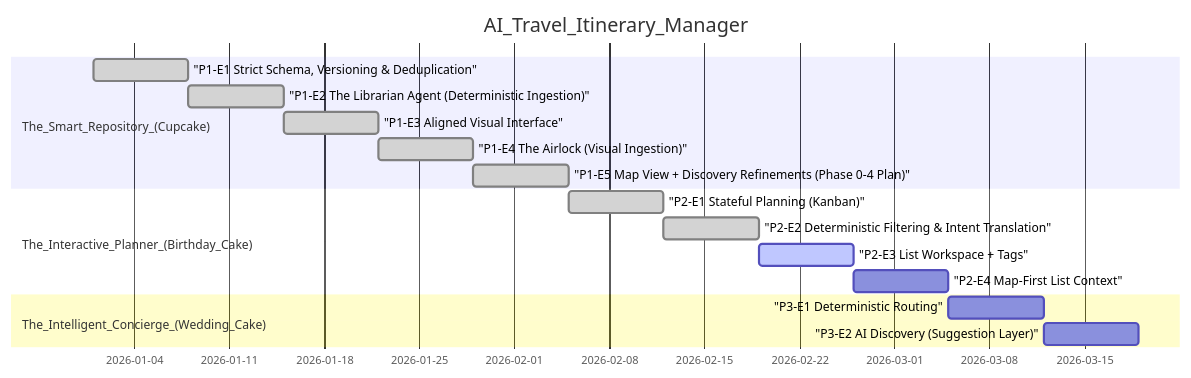
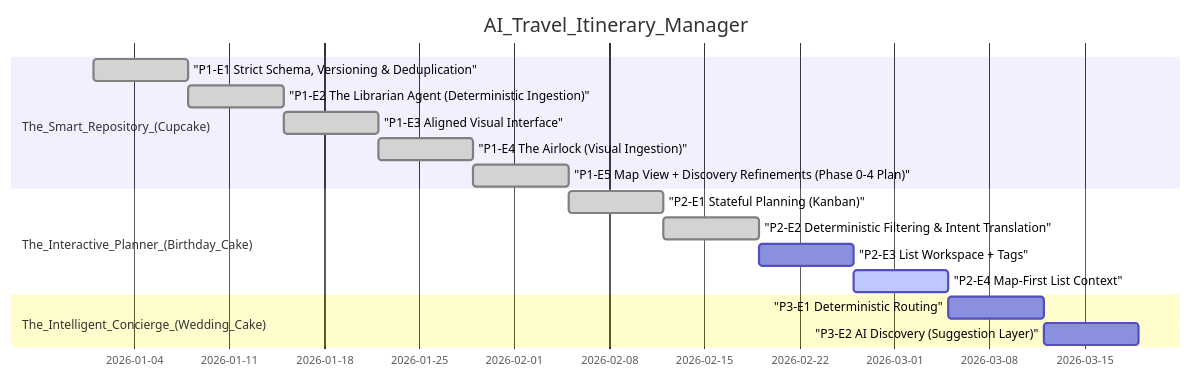
The diagram in CONTEXT.md (walshkang/acerca-trip-planner), drawn with Mermaid before and after one commit. The commit also changed other lines of this file and 15 other files, not shown here.

````diff
--- a/CONTEXT.md
+++ b/CONTEXT.md
@@ -58,19 +57,19 @@
 ```mermaid
 gantt
   dateFormat YYYY-MM-DD
   title AI_Travel_Itinerary_Manager
   section The_Smart_Repository_(Cupcake)
   "P1-E1 Strict Schema, Versioning & Deduplication" :done, p1e1, 2026-01-01, 7d
   "P1-E2 The Librarian Agent (Deterministic Ingestion)" :done, p1e2, after p1e1, 7d
   "P1-E3 Aligned Visual Interface" :done, p1e3, after p1e2, 7d
   "P1-E4 The Airlock (Visual Ingestion)" :done, p1e4, after p1e3, 7d
   "P1-E5 Map View + Discovery Refinements (Phase 0-4 Plan)" :done, p1e5, after p1e4, 7d
   section The_Interactive_Planner_(Birthday_Cake)
   "P2-E1 Stateful Planning (Kanban)" :done, p2e1, after p1e5, 7d
   "P2-E2 Deterministic Filtering & Intent Translation" :done, p2e2, after p2e1, 7d
-  "P2-E3 List Workspace + Tags" :active, p2e3, after p2e2, 7d
-  "P2-E4 Map-First List Context" :p2e4, after p2e3, 7d
+  "P2-E3 List Workspace + Tags" :p2e3, after p2e2, 7d
+  "P2-E4 Map-First List Context" :active, p2e4, after p2e3, 7d
   section The_Intelligent_Concierge_(Wedding_Cake)
   "P3-E1 Deterministic Routing" :p3e1, after p2e4, 7d
   "P3-E2 AI Discovery (Suggestion Layer)" :p3e2, after p3e1, 7d
 ```
````
